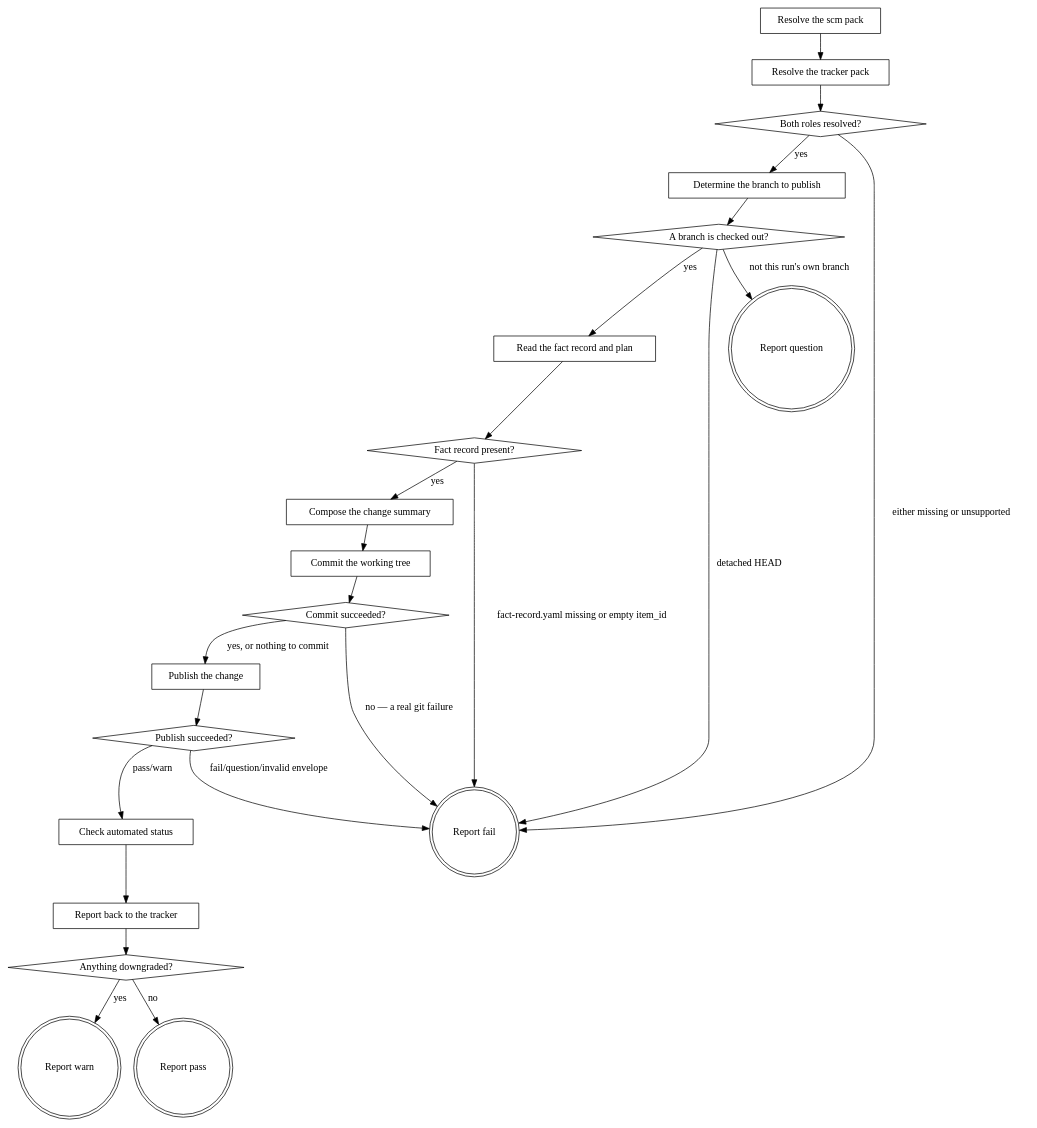
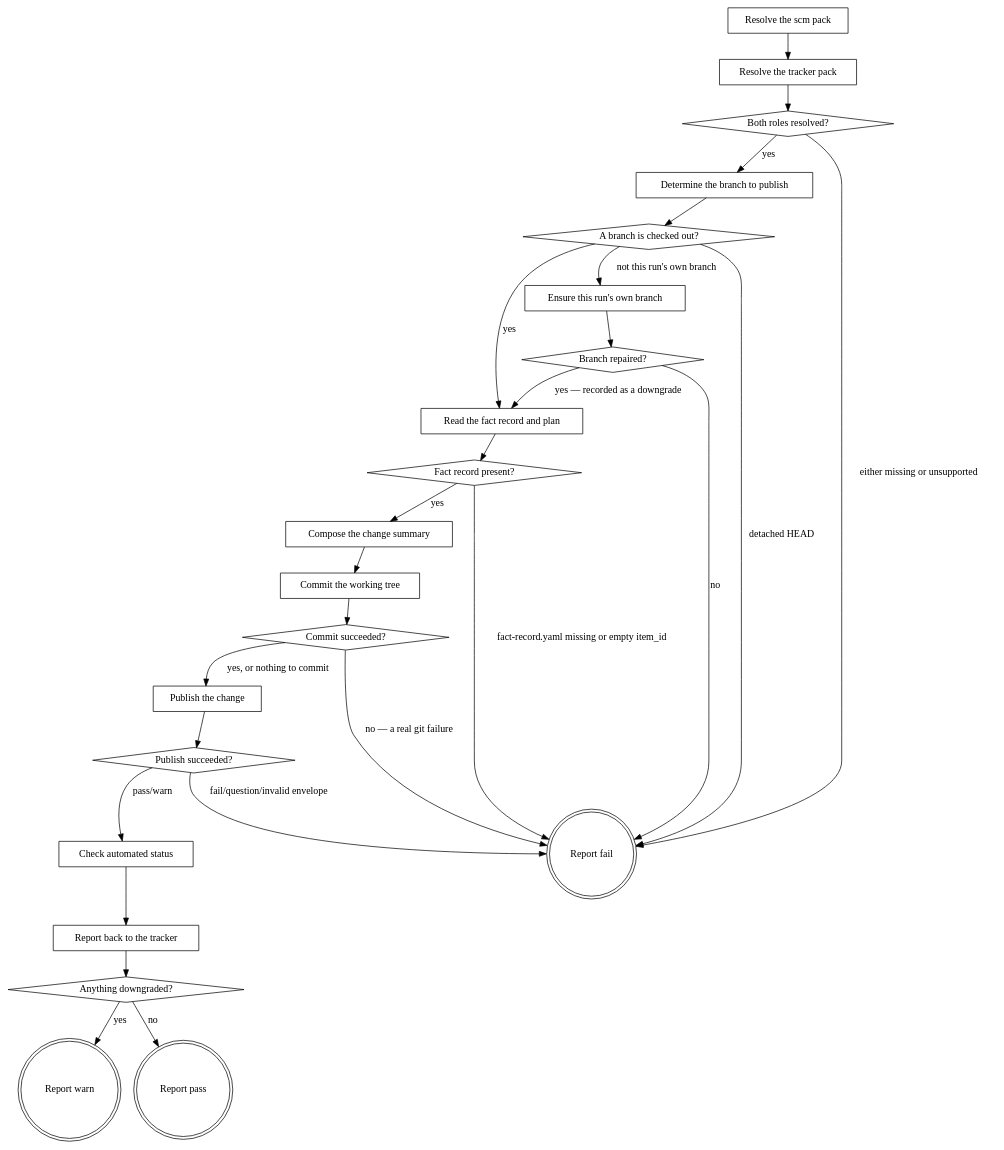
One commit to agenticDraft/aem-eds-ai-workflow-demo changed the diagram in plugins/eds/skills/eds-deliver/SKILL.md. Above: the diagram before and after it, drawn with Graphviz. The commit also changed other lines of this file, not shown here.

````diff
--- a/plugins/eds/skills/eds-deliver/SKILL.md
+++ b/plugins/eds/skills/eds-deliver/SKILL.md
@@ -44,46 +44,50 @@
 ```dot
 digraph eds_deliver {
     "Resolve the scm pack" [shape=box];
     "Resolve the tracker pack" [shape=box];
     "Both roles resolved?" [shape=diamond];
     "Determine the branch to publish" [shape=box];
     "A branch is checked out?" [shape=diamond];
     "Read the fact record and plan" [shape=box];
     "Fact record present?" [shape=diamond];
     "Compose the change summary" [shape=box];
     "Commit the working tree" [shape=box];
     "Commit succeeded?" [shape=diamond];
     "Publish the change" [shape=box];
     "Publish succeeded?" [shape=diamond];
     "Check automated status" [shape=box];
     "Report back to the tracker" [shape=box];
     "Anything downgraded?" [shape=diamond];
     "Report fail" [shape=doublecircle];
-    "Report question" [shape=doublecircle];
+    "Ensure this run's own branch" [shape=box];
+    "Branch repaired?" [shape=diamond];
     "Report warn" [shape=doublecircle];
     "Report pass" [shape=doublecircle];
 
     "Resolve the scm pack" -> "Resolve the tracker pack";
     "Resolve the tracker pack" -> "Both roles resolved?";
     "Both roles resolved?" -> "Determine the branch to publish" [label="yes"];
     "Both roles resolved?" -> "Report fail" [label="either missing or unsupported"];
     "Determine the branch to publish" -> "A branch is checked out?";
     "A branch is checked out?" -> "Read the fact record and plan" [label="yes"];
     "A branch is checked out?" -> "Report fail" [label="detached HEAD"];
-    "A branch is checked out?" -> "Report question" [label="not this run's own branch"];
+    "A branch is checked out?" -> "Ensure this run's own branch" [label="not this run's own branch"];
+    "Ensure this run's own branch" -> "Branch repaired?";
+    "Branch repaired?" -> "Read the fact record and plan" [label="yes — recorded as a downgrade"];
+    "Branch repaired?" -> "Report fail" [label="no"];
     "Read the fact record and plan" -> "Fact record present?";
     "Fact record present?" -> "Compose the change summary" [label="yes"];
     "Fact record present?" -> "Report fail" [label="fact-record.yaml missing or empty item_id"];
     "Compose the change summary" -> "Commit the working tree";
     "Commit the working tree" -> "Commit succeeded?";
     "Commit succeeded?" -> "Publish the change" [label="yes, or nothing to commit"];
     "Commit succeeded?" -> "Report fail" [label="no — a real git failure"];
     "Publish the change" -> "Publish succeeded?";
     "Publish succeeded?" -> "Check automated status" [label="pass/warn"];
     "Publish succeeded?" -> "Report fail" [label="fail/question/invalid envelope"];
     "Check automated status" -> "Report back to the tracker";
     "Report back to the tracker" -> "Anything downgraded?";
     "Anything downgraded?" -> "Report warn" [label="yes"];
     "Anything downgraded?" -> "Report pass" [label="no"];
 }
 ```
````
